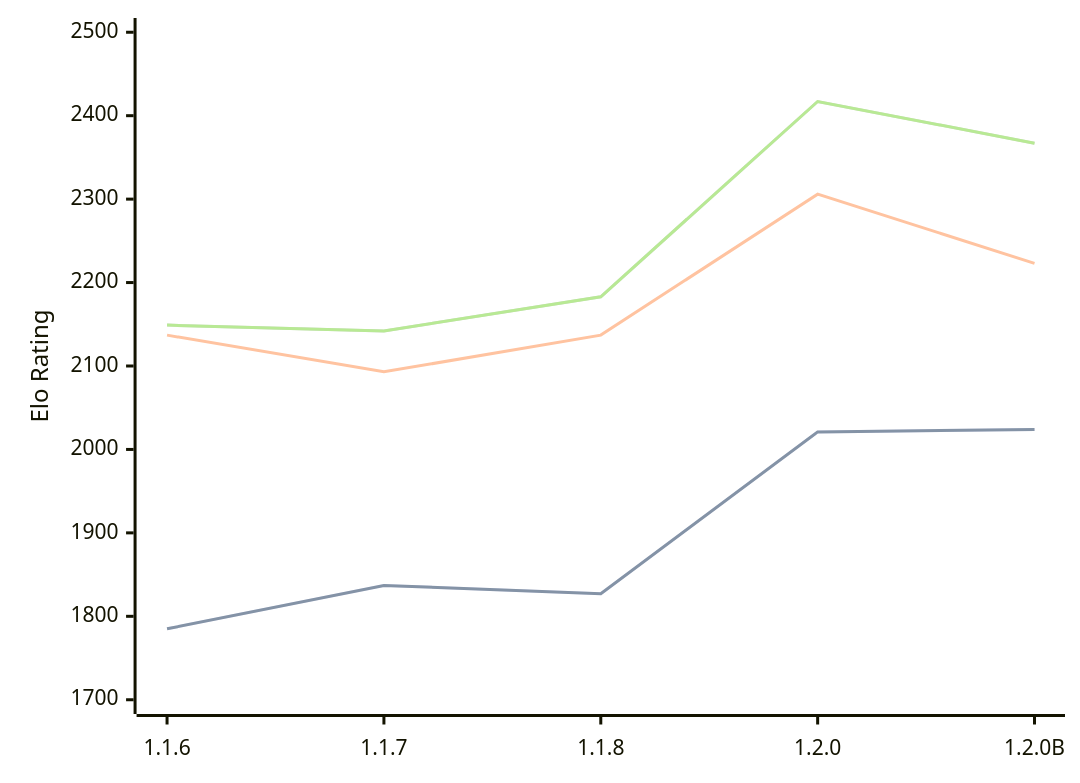
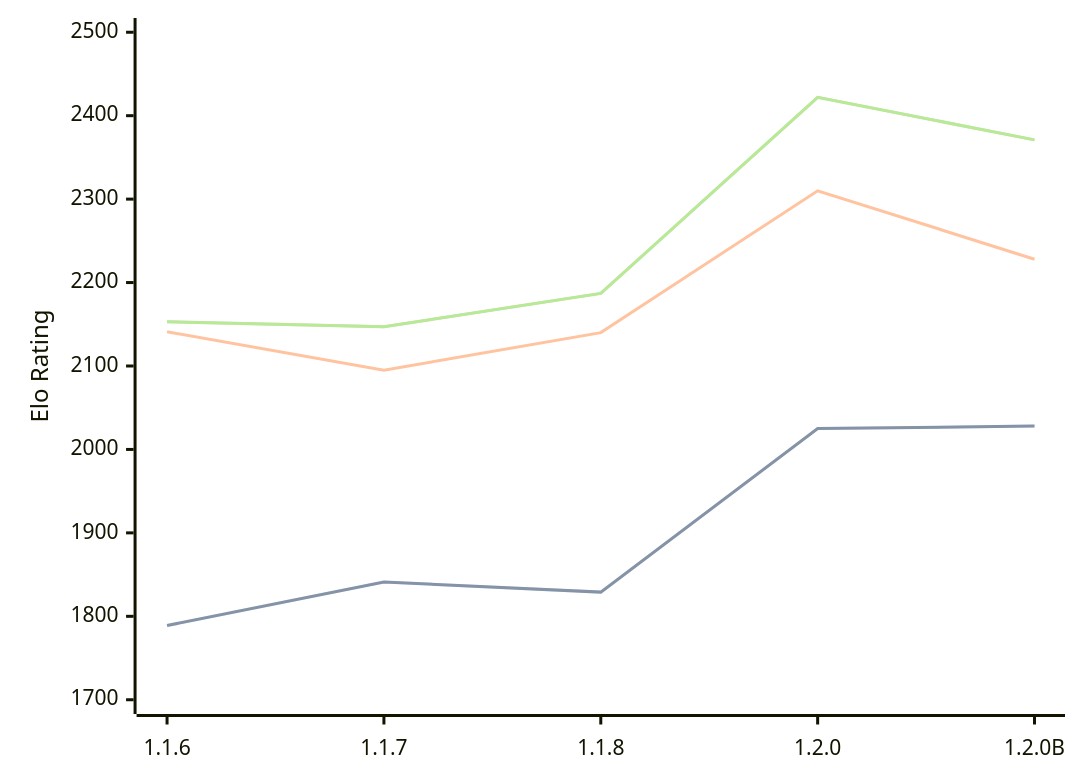
The diagram in engines/Soomi.md (computer-chess-index/cci), drawn with Mermaid before and after one commit. The commit also changed other lines of this file, not shown here.

Commit message:
Update CCI Ratings (ELO VLTC) - 2026-08-18

````diff
--- a/engines/Soomi.md
+++ b/engines/Soomi.md
@@ -35,11 +35,11 @@
 ```mermaid
 %%{init: {"theme":"base","themeVariables":{"seriesColors:['#a3a3a3','#222221','#faa371']}}}%%
 xychart-beta
   x-axis ["1.1.6", "1.1.7", "1.1.8", "1.2.0", "1.2.0B"]
   y-axis "Elo Rating" 1700 --> 2500
-  line "STC (8.0+0.08s)" [1785, 1837, 1827, 2021, 2024]
-  line "STC (8.0+0.08s)" [1785, 1837, 1827, 2021, 2024]
-  line "LTC (60.0+0.60s)" [2137, 2093, 2137, 2306, 2223]
-  line "VLTC (2m24s+1.12s)" [2149, 2142, 2183, 2417, 2367]
-  line "VLTC (2m24s+1.12s)" [2149, 2142, 2183, 2417, 2367]
+  line "STC (8.0+0.08s)" [1789, 1841, 1829, 2025, 2028]
+  line "STC (8.0+0.08s)" [1789, 1841, 1829, 2025, 2028]
+  line "LTC (60.0+0.60s)" [2141, 2095, 2140, 2310, 2228]
+  line "VLTC (2m24s+1.12s)" [2153, 2147, 2187, 2422, 2371]
+  line "VLTC (2m24s+1.12s)" [2153, 2147, 2187, 2422, 2371]
 ```
````
